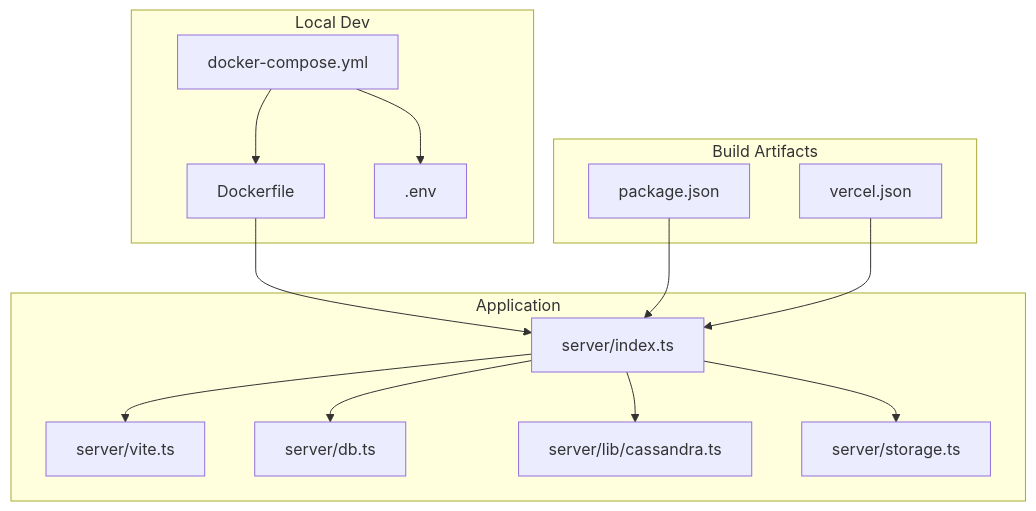
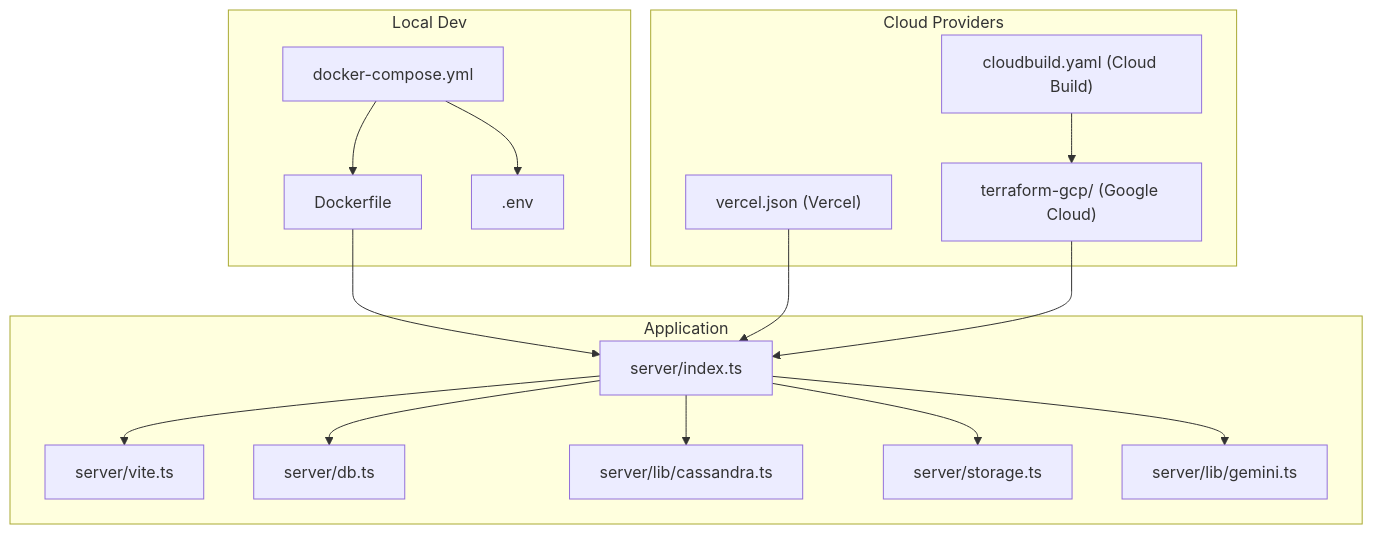
One commit to nitishssh/Class-mode changed the first of 10 diagrams in docs/code-wiki/content/Deployment & DevOps/Deployment & DevOps.md. Above: the diagram before and after it, drawn with Mermaid. The commit also changed other lines of this file and 4 other files, not shown here.

Commit message:
docs(wiki): update architecture and deployment guides for version 1.2.0

````diff
--- a/docs/code-wiki/content/Deployment & DevOps/Deployment & DevOps.md
+++ b/docs/code-wiki/content/Deployment & DevOps/Deployment & DevOps.md
@@ -40,28 +40,32 @@
 ```mermaid
 graph TB
 subgraph "Local Dev"
 DC["docker-compose.yml"]
 DKR["Dockerfile"]
 ENV[".env"]
 end
 subgraph "Application"
 SRV["server/index.ts"]
 VITE["server/vite.ts"]
 DB["server/db.ts"]
 CASS["server/lib/cassandra.ts"]
 STORE["server/storage.ts"]
+GEM["server/lib/gemini.ts"]
 end
-subgraph "Build Artifacts"
-PKG["package.json"]
-VERCEL["vercel.json"]
+subgraph "Cloud Providers"
+VERCEL["vercel.json (Vercel)"]
+GCP["terraform-gcp/ (Google Cloud)"]
+CB["cloudbuild.yaml (Cloud Build)"]
 end
 DC --> DKR
 DC --> ENV
 DKR --> SRV
 SRV --> DB
 SRV --> CASS
 SRV --> STORE
 SRV --> VITE
-PKG --> SRV
+SRV --> GEM
 VERCEL --> SRV
+GCP --> SRV
+CB --> GCP
 ```
````
